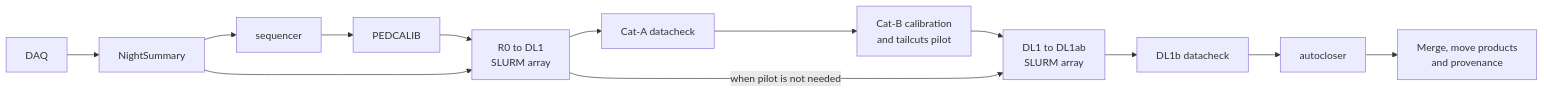
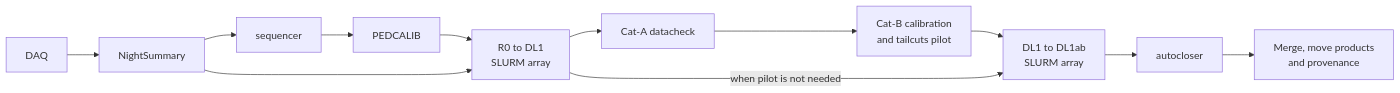
Before and after one commit to cta-observatory/lstosa: the first of 2 diagrams in README.md, drawn with Mermaid.

````diff
--- a/README.md
+++ b/README.md
@@ -68,15 +68,14 @@
 ```mermaid
 flowchart LR
     daq[DAQ] --> summary[NightSummary]
     summary --> sequencer[sequencer]
     sequencer --> calibration[PEDCALIB]
     calibration --> r0[R0 to DL1\nSLURM array]
     summary --> r0
     r0 --> catA[Cat-A datacheck]
     catA --> pilot[Cat-B calibration\nand tailcuts pilot]
     pilot --> dl1ab[DL1 to DL1ab\nSLURM array]
     r0 -->|when pilot is not needed| dl1ab
-    dl1ab --> check[DL1b datacheck]
-    check --> autocloser[autocloser]
+    dl1ab --> autocloser[autocloser]
     autocloser --> products[Merge, move products\nand provenance]
 ```
````
